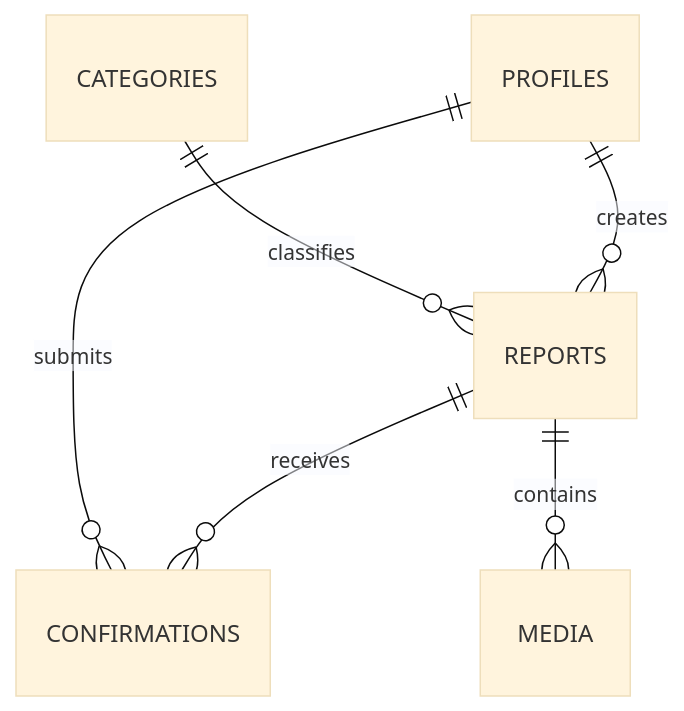
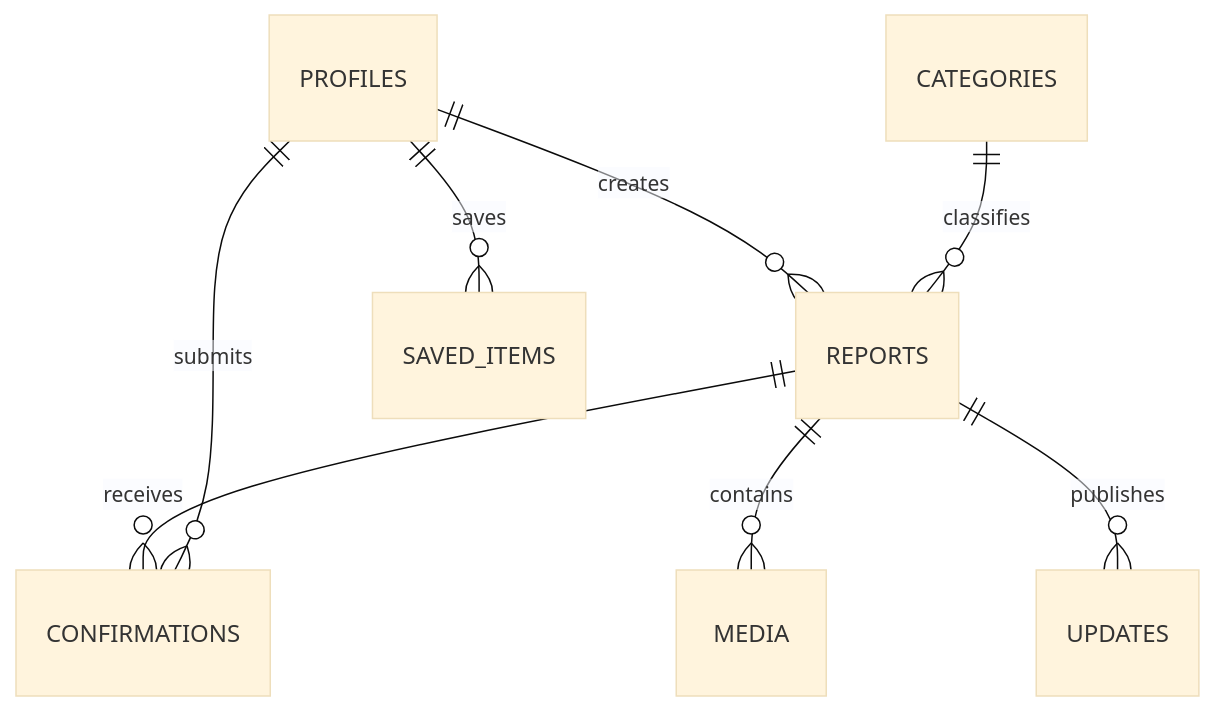
The first of 2 diagrams in docs/architecture/backend-and-data.md (anhtuanleee/trending-map), drawn with Mermaid (base theme) before and after one commit. The commit also changed other lines of this file and 15 other files, not shown here.

````diff
--- a/docs/architecture/backend-and-data.md
+++ b/docs/architecture/backend-and-data.md
@@ -14,8 +14,10 @@
 ```mermaid
 erDiagram
   PROFILES ||--o{ REPORTS : creates
   CATEGORIES ||--o{ REPORTS : classifies
   REPORTS ||--o{ CONFIRMATIONS : receives
   PROFILES ||--o{ CONFIRMATIONS : submits
   REPORTS ||--o{ MEDIA : contains
+  REPORTS ||--o{ UPDATES : publishes
+  PROFILES ||--o{ SAVED_ITEMS : saves
 ```
````
